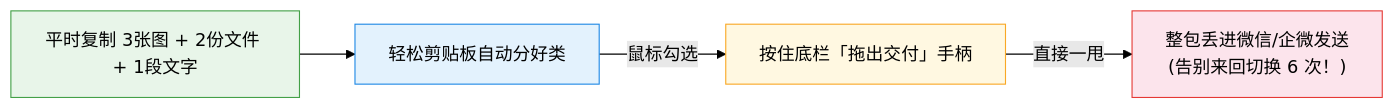
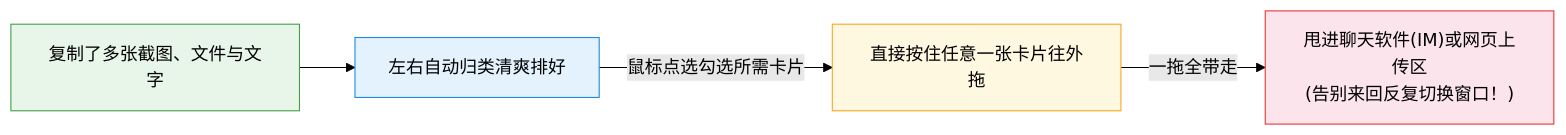
One commit to CatBoss-Paw/EasyClipboard changed the second of 7 diagrams in README.md. Above: the diagram before and after it, drawn with Mermaid (forest theme). The commit also changed other lines of this file, not shown here.

````diff
--- a/README.md
+++ b/README.md
@@ -67,11 +67,11 @@
 ```mermaid
 graph LR
-    A["平时复制 3张图 + 2份文件 + 1段文字"] --> B["轻松剪贴板自动分好类"]
-    B -->|鼠标勾选| C["按住底栏「拖出交付」手柄"]
-    C -->|直接一甩| D["整包丢进微信/企微发送<br/>(告别来回切换 6 次！)"]
+    A["复制了多张截图、文件与文字"] --> B["左右自动归类清爽排好"]
+    B -->|鼠标点选勾选所需卡片| C["直接按住任意一张卡片往外拖"]
+    C -->|一拖全带走| D["甩进聊天软件(IM)或网页上传区<br/>(告别来回反复切换窗口！)"]
 
     style A fill:#e8f5e9,stroke:#43a047,color:#000
     style B fill:#e3f2fd,stroke:#1e88e5,color:#000
     style C fill:#fff8e1,stroke:#f9a825,color:#000
     style D fill:#fce4ec,stroke:#e53935,color:#000
 ```
````
